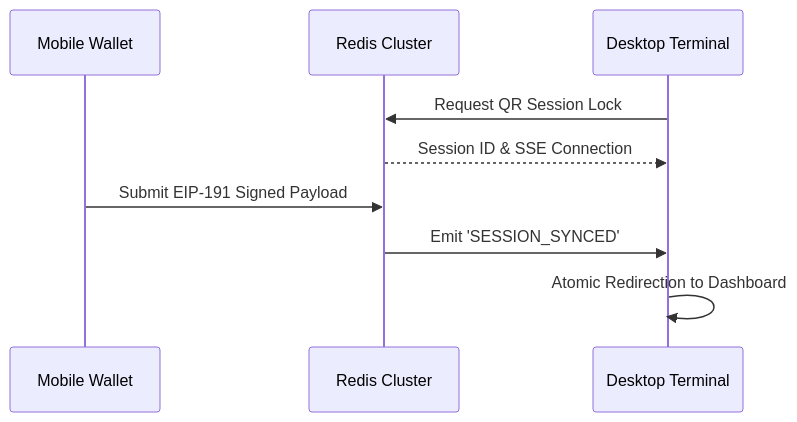
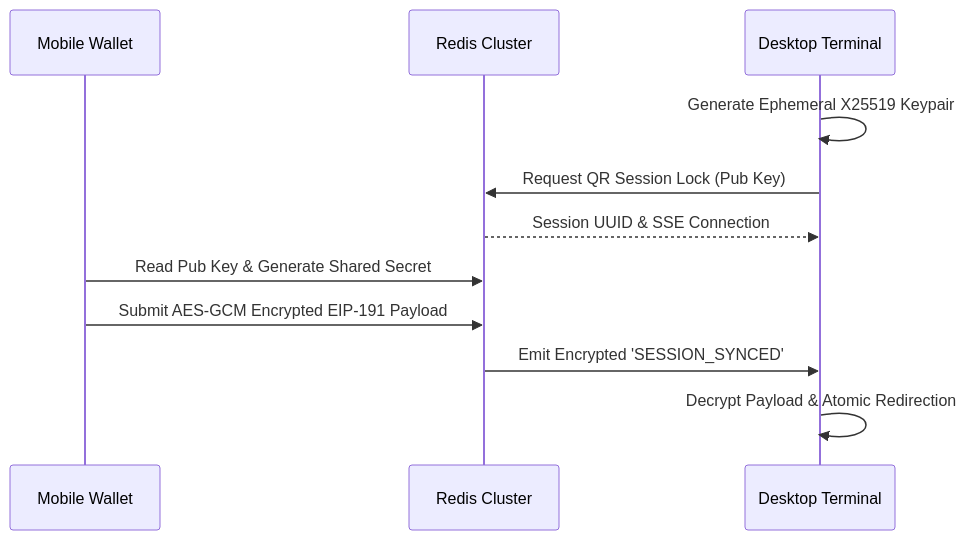
One commit to atfortyseven-creations/whalecosystem changed the sixth of 30 diagrams in README.md. Above: the diagram before and after it, drawn with Mermaid. The commit also changed other lines of this file and 1 other file, not shown here.

Commit message:
feat: add developers documentation page with detailed infrastructure and security architecture specifications

````diff
--- a/README.md
+++ b/README.md
@@ -157,11 +157,13 @@
 ```mermaid
 sequenceDiagram
     participant Mobile Wallet
     participant Redis Cluster
     participant Desktop Terminal
-    Desktop Terminal->>Redis Cluster: Request QR Session Lock
-    Redis Cluster-->>Desktop Terminal: Session ID & SSE Connection
-    Mobile Wallet->>Redis Cluster: Submit EIP-191 Signed Payload
-    Redis Cluster->>Desktop Terminal: Emit 'SESSION_SYNCED'
-    Desktop Terminal->>Desktop Terminal: Atomic Redirection to Dashboard
+    Desktop Terminal->>Desktop Terminal: Generate Ephemeral X25519 Keypair
+    Desktop Terminal->>Redis Cluster: Request QR Session Lock (Pub Key)
+    Redis Cluster-->>Desktop Terminal: Session UUID & SSE Connection
+    Mobile Wallet->>Redis Cluster: Read Pub Key & Generate Shared Secret
+    Mobile Wallet->>Redis Cluster: Submit AES-GCM Encrypted EIP-191 Payload
+    Redis Cluster->>Desktop Terminal: Emit Encrypted 'SESSION_SYNCED'
+    Desktop Terminal->>Desktop Terminal: Decrypt Payload & Atomic Redirection
 ```
````
